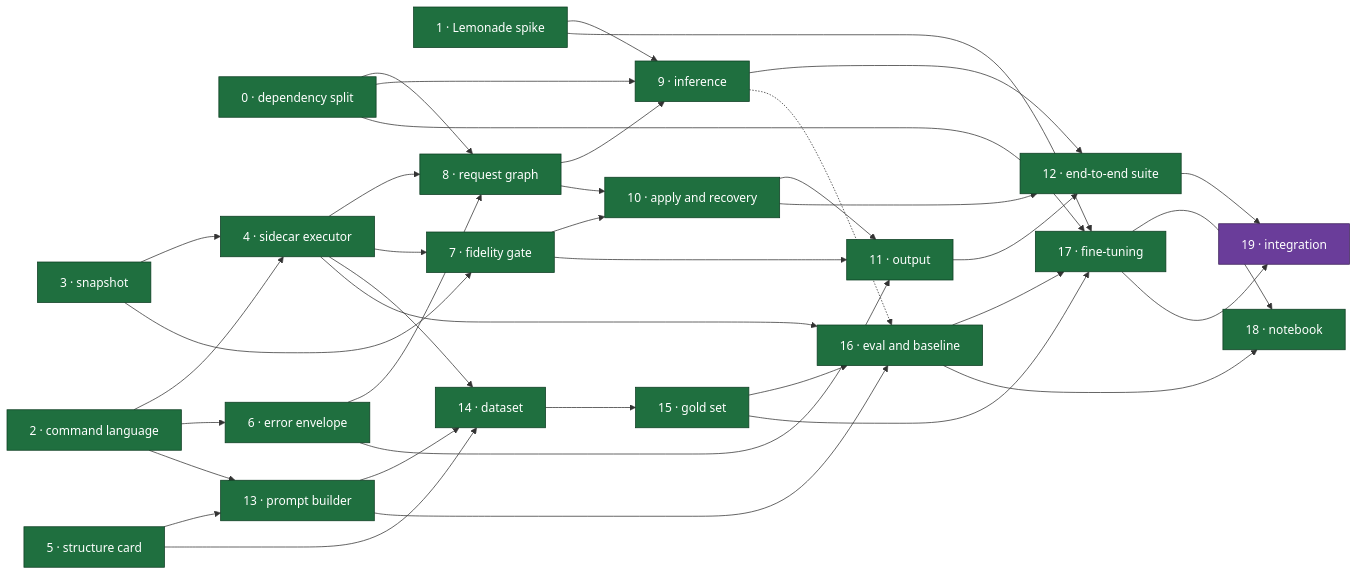
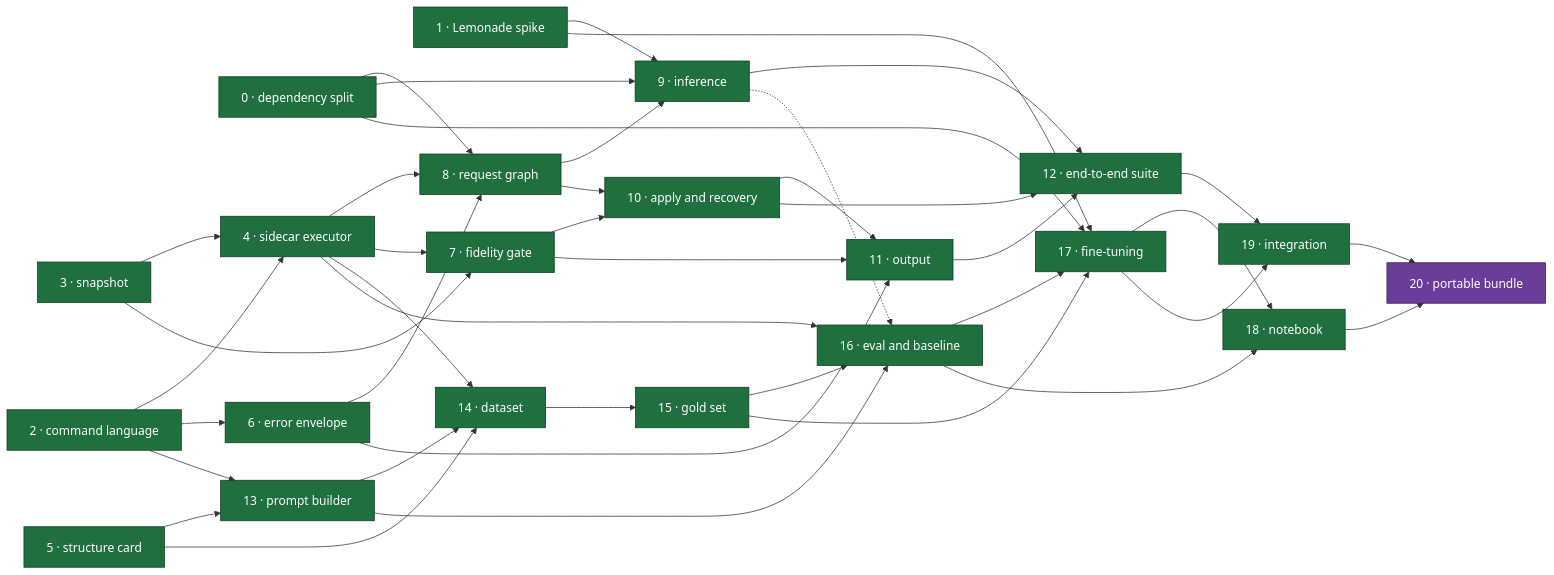
One commit to urban233/pymol-copilot changed the diagram in docs/master_plan.md. Above: the diagram before and after it, drawn with Mermaid. The commit also changed other lines of this file and 1 other file, not shown here.

First line of the commit message:
docs(plan): Plan item 20, the portable Windows bundle

````diff
--- a/docs/master_plan.md
+++ b/docs/master_plan.md
@@ -112,67 +113,70 @@
 ```mermaid
 flowchart LR
   classDef done fill:#1f6f3f,stroke:#0d3d22,color:#fff
   classDef review fill:#8a6d1a,stroke:#4d3c0c,color:#fff
   classDef ready fill:#1f4f8f,stroke:#0d2a4d,color:#fff
   classDef progress fill:#6a3d9a,stroke:#3a1f57,color:#fff
   classDef blocked fill:#3a3a3a,stroke:#1a1a1a,color:#ddd
 
   I0["0 · dependency split"]:::done
   I1["1 · Lemonade spike"]:::done
   I2["2 · command language"]:::done
   I3["3 · snapshot"]:::done
   I4["4 · sidecar executor"]:::done
   I5["5 · structure card"]:::done
   I6["6 · error envelope"]:::done
   I7["7 · fidelity gate"]:::done
   I8["8 · request graph"]:::done
   I9["9 · inference"]:::done
   I10["10 · apply and recovery"]:::done
   I11["11 · output"]:::done
   I12["12 · end-to-end suite"]:::done
   I13["13 · prompt builder"]:::done
   I14["14 · dataset"]:::done
   I15["15 · gold set"]:::done
   I16["16 · eval and baseline"]:::done
   I17["17 · fine-tuning"]:::done
   I18["18 · notebook"]:::done
-  I19["19 · integration"]:::progress
+  I19["19 · integration"]:::done
+  I20["20 · portable bundle"]:::progress
 
   I2 --> I4
   I3 --> I4
   I2 --> I6
   I0 --> I8
   I4 --> I8
   I6 --> I8
   I3 --> I7
   I4 --> I7
   I0 --> I9
   I1 --> I9
   I8 --> I9
   I7 --> I10
   I8 --> I10
   I6 --> I11
   I7 --> I11
   I10 --> I11
   I9 --> I12
   I10 --> I12
   I11 --> I12
   I2 --> I13
   I5 --> I13
   I4 --> I14
   I5 --> I14
   I13 --> I14
   I14 --> I15
   I15 --> I16
   I13 --> I16
   I4 --> I16
   I9 -.-> I16
   I1 --> I17
   I0 --> I17
   I15 --> I17
   I16 --> I17
   I16 --> I18
   I17 --> I18
   I12 --> I19
   I17 --> I19
+  I18 --> I20
+  I19 --> I20
 ```
````
